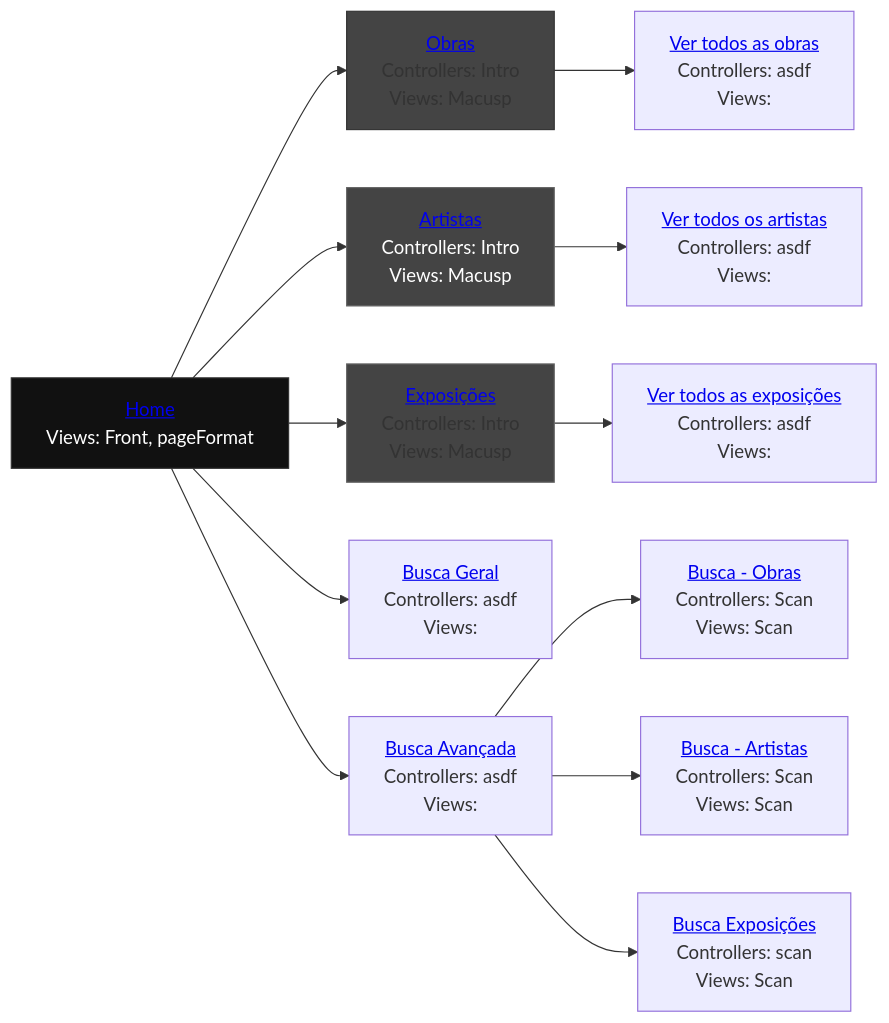
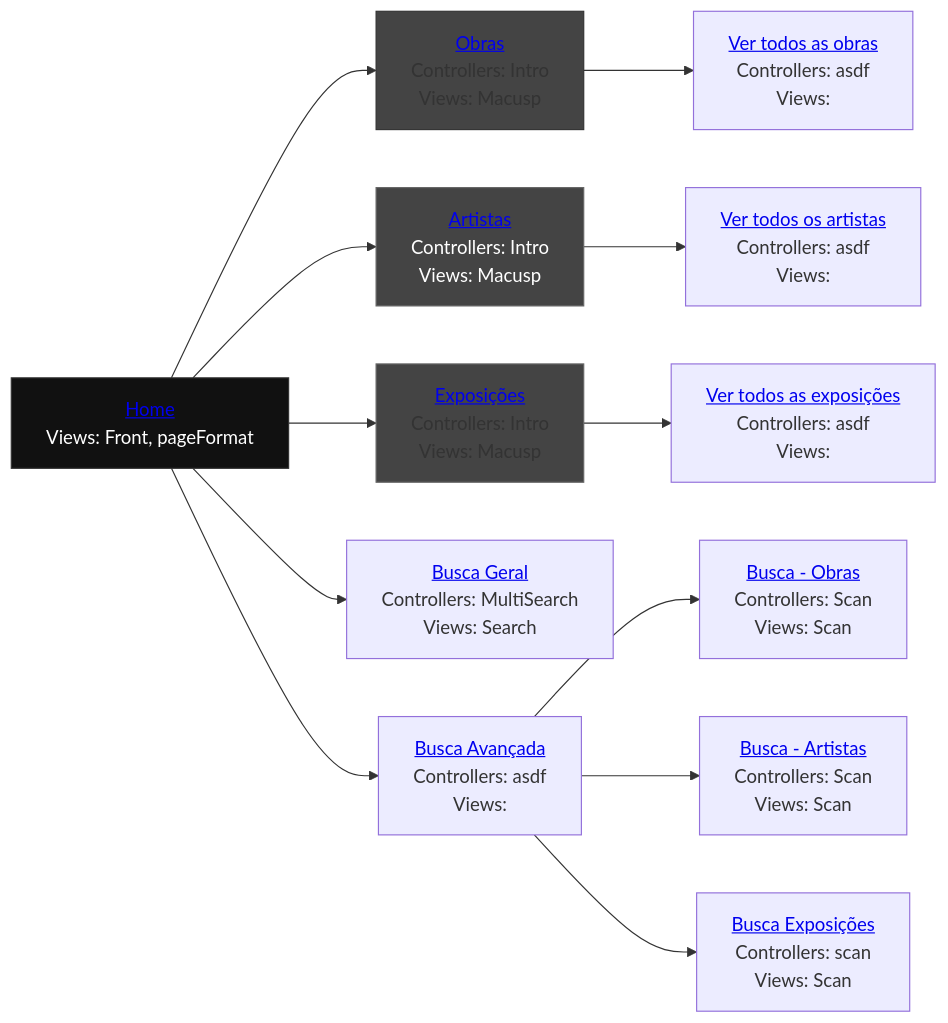
One commit to reynaldocv/macusp changed the diagram in README.md. Above: the diagram before and after it, drawn with Mermaid.

````diff
--- a/README.md
+++ b/README.md
@@ -245,36 +245,36 @@
 ```mermaid
 graph LR
     %% Parte superior e inferior del primer puesto
     home["           <a href='http://143.107.130.173/admacervo/macusp/index.php'> Home </a> <br> Views: Front, pageFormat"]
     works["          <a href='http://143.107.130.173/admacervo/macusp/index.php/Intro/works'>Obras</a>      <br> Controllers: Intro <br> Views: Macusp"]
     artists["        <a href='http://143.107.130.173/admacervo/macusp/index.php/Intro/artists'>Artistas</a>  <br> Controllers: Intro <br> Views: Macusp"]
     exhibitions["    <a href='http://143.107.130.173/admacervo/macusp/index.php/Intro/exhibitions'>Exposições</a> <br> Controllers: Intro <br> Views: Macusp"]
-    search["         <a href='https://link.com'> Busca Geral </a> <br>  Controllers: asdf <br>  Views: "]
+    search["         <a href='https://link.com'> Busca Geral </a> <br>  Controllers: MultiSearch <br>  Views: Search "]
     advancedSearch[" <a href='https://link.com'> Busca Avançada</a> <br>  Controllers: </strong> asdf <br>  Views: "]
     viewWorks[" <a href='https://link.com'> Ver todos as obras</a> <br>  Controllers: </strong> asdf <br>  Views: "]
     viewArtists[" <a href='https://link.com'> Ver todos os artistas</a> <br>  Controllers: </strong> asdf <br>  Views: "]
     viewExhibitions[" <a href='https://link.com'> Ver todos as exposições</a> <br>  Controllers: </strong> asdf <br>  Views: "]
     asWorks["<a href='http://143.107.130.173/admacervo/macusp/index.php/Scan/advanced/works'> Busca - Obras</a> <br>  Controllers: Scan <br> Views: Scan"]
     asArtists["<a href='http://143.107.130.173/admacervo/macusp/index.php/Scan/advanced/artists'> Busca - Artistas</a> <br>  Controllers: Scan <br> Views: Scan "]
     asExhibitions["<a href='http://143.107.130.173/admacervo/macusp/index.php/Scan/advanced/exhibitions'> Busca Exposições </a> <br> Controllers: scan <br>  Views: Scan  "]
     
     %% Conexión del organigrama (une la parte inferior de uno con la superior del otro)
     home --> works
     home --> artists
     home --> exhibitions
     home --> search
     home --> advancedSearch
     works --> viewWorks
     artists --> viewArtists    
     exhibitions --> viewExhibitions
     advancedSearch --> asWorks
     advancedSearch --> asArtists
     advancedSearch --> asExhibitions
 
 
     %% Estilos para que parezcan una sola pieza
     style home fill:#111,stroke:#333,color:#fff
     style works fill:#444,stroke:#333
     style artists fill:#444,stroke:#666,color:#fff
     style exhibitions fill:#444,stroke:#666
 ```
````
